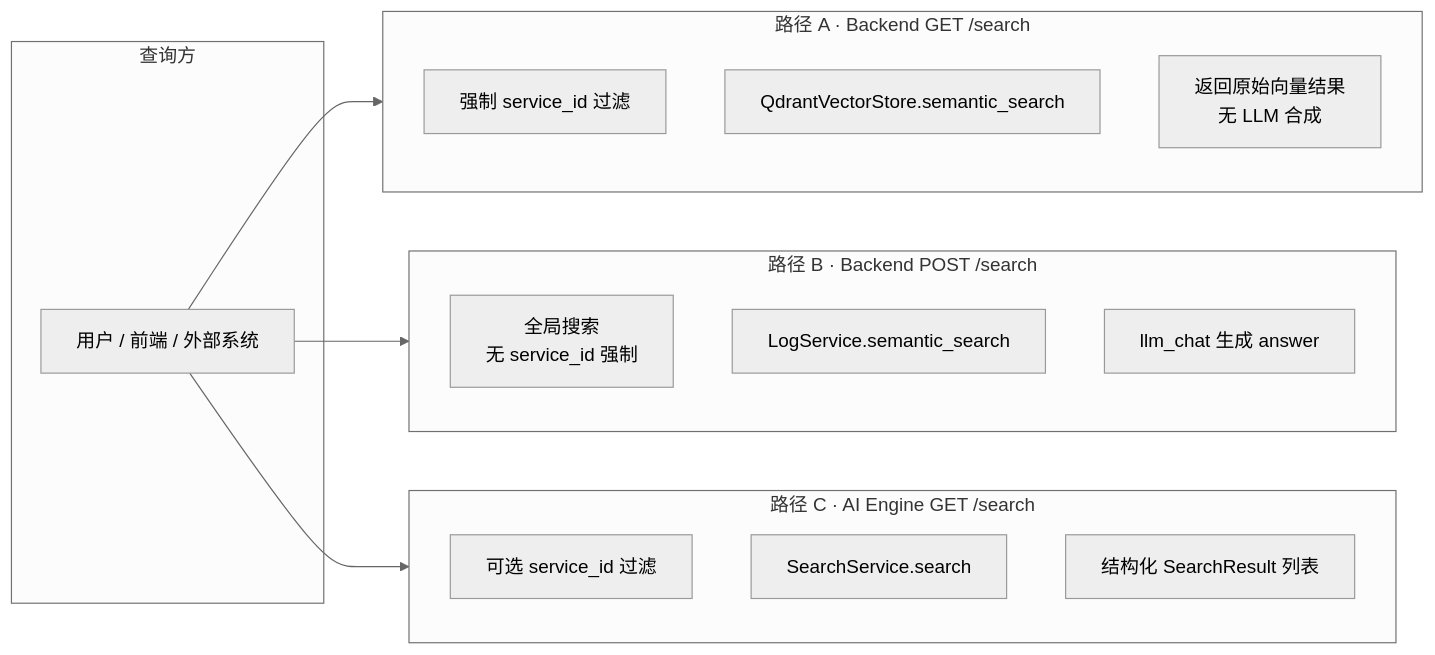
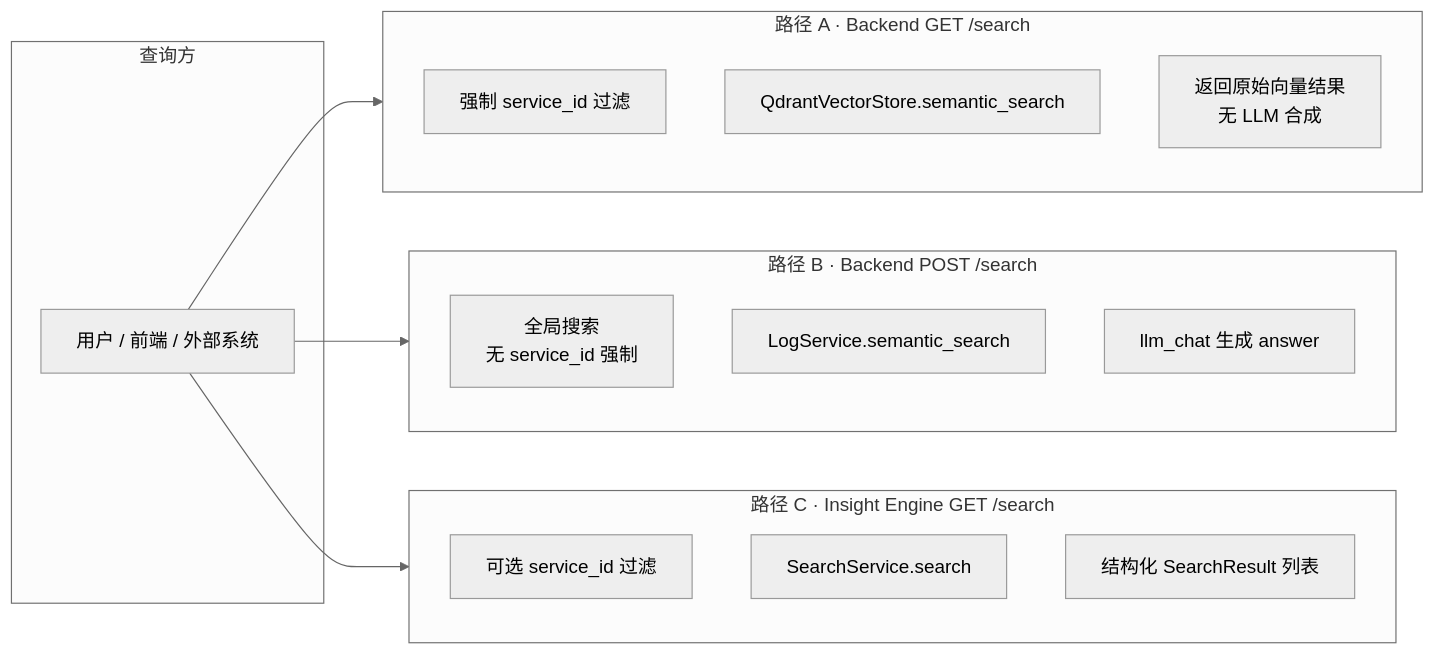
One commit to fanqingsong/Logara-AI changed the ninth of 17 diagrams in docs/business-logic.md. Above: the diagram before and after it, drawn with Mermaid (neutral theme). The commit also changed other lines of this file and 64 other files, not shown here.

````diff
--- a/docs/business-logic.md
+++ b/docs/business-logic.md
@@ -663,28 +663,28 @@
 ```mermaid
 flowchart LR
     subgraph Client["查询方"]
         U[用户 / 前端 / 外部系统]
     end
 
     subgraph PathA["路径 A · Backend GET /search"]
         A1[强制 service_id 过滤]
         A2[QdrantVectorStore.semantic_search]
         A3[返回原始向量结果<br/>无 LLM 合成]
     end
 
     subgraph PathB["路径 B · Backend POST /search"]
         B1[全局搜索<br/>无 service_id 强制]
         B2[LogService.semantic_search]
         B3[llm_chat 生成 answer]
     end
 
-    subgraph PathC["路径 C · AI Engine GET /search"]
+    subgraph PathC["路径 C · Insight Engine GET /search"]
         C1[可选 service_id 过滤]
         C2[SearchService.search]
         C3[结构化 SearchResult 列表]
     end
 
     U --> PathA
     U --> PathB
     U --> PathC
 ```
````
